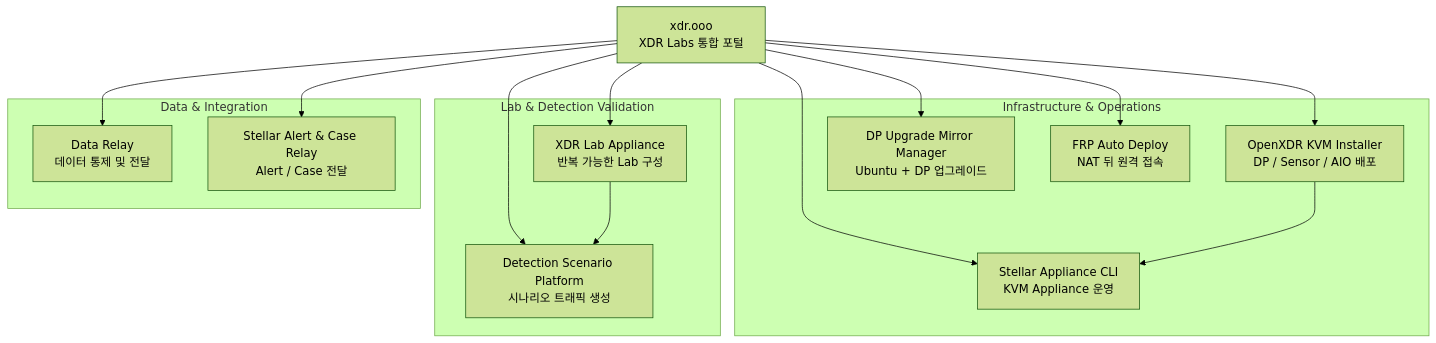
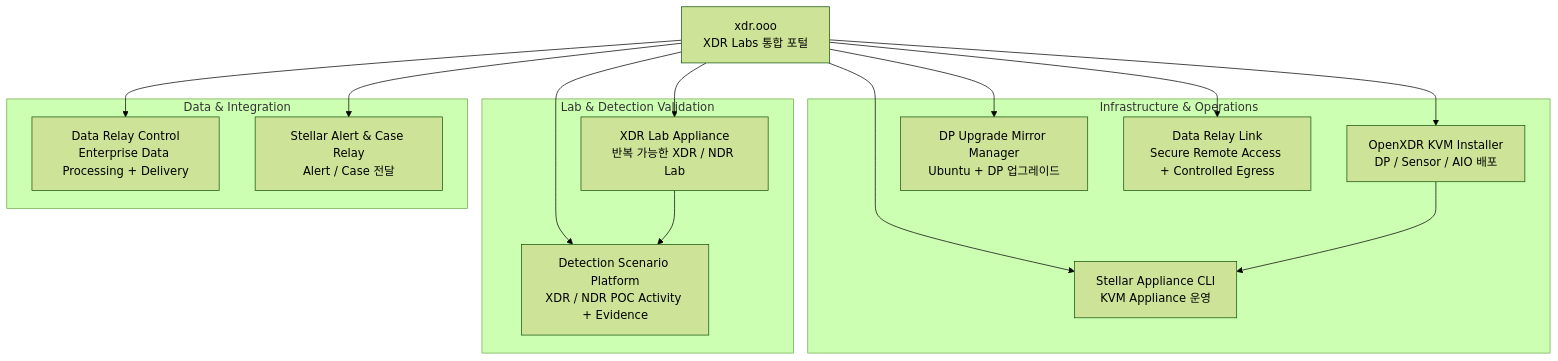
One commit to xdr-labs/xdr-labs-portal changed the diagram in ko/project-map.mdx. Above: the diagram before and after it, drawn with Mermaid (forest theme). The commit also changed other lines of this file, not shown here.

Commit message:
Update Korean project map for Data Relay Link and Control

````diff
--- a/ko/project-map.mdx
+++ b/ko/project-map.mdx
@@ -10,33 +10,33 @@
 ```mermaid
 flowchart TD
     P[xdr.ooo\nXDR Labs 통합 포털]
 
     subgraph INFRA[Infrastructure & Operations]
       KVM[OpenXDR KVM Installer\nDP / Sensor / AIO 배포]
       UPG[DP Upgrade Mirror Manager\nUbuntu + DP 업그레이드]
       CLI[Stellar Appliance CLI\nKVM Appliance 운영]
-      FRP[FRP Auto Deploy\nNAT 뒤 원격 접속]
+      LINK[Data Relay Link\nSecure Remote Access + Controlled Egress]
     end
 
     subgraph LAB[Lab & Detection Validation]
-      XLAB[XDR Lab Appliance\n반복 가능한 Lab 구성]
-      DSP[Detection Scenario Platform\n시나리오 트래픽 생성]
+      XLAB[XDR Lab Appliance\n반복 가능한 XDR / NDR Lab]
+      DSP[Detection Scenario Platform\nXDR / NDR POC Activity + Evidence]
     end
 
     subgraph DATA[Data & Integration]
-      DR[Data Relay\n데이터 통제 및 전달]
+      CTRL[Data Relay Control\nEnterprise Data Processing + Delivery]
       SYS[Stellar Alert & Case Relay\nAlert / Case 전달]
     end
 
     P --> KVM
     P --> UPG
     P --> CLI
-    P --> FRP
+    P --> LINK
     P --> XLAB
     P --> DSP
-    P --> DR
+    P --> CTRL
     P --> SYS
 
     KVM --> CLI
     XLAB --> DSP
 ```
````
